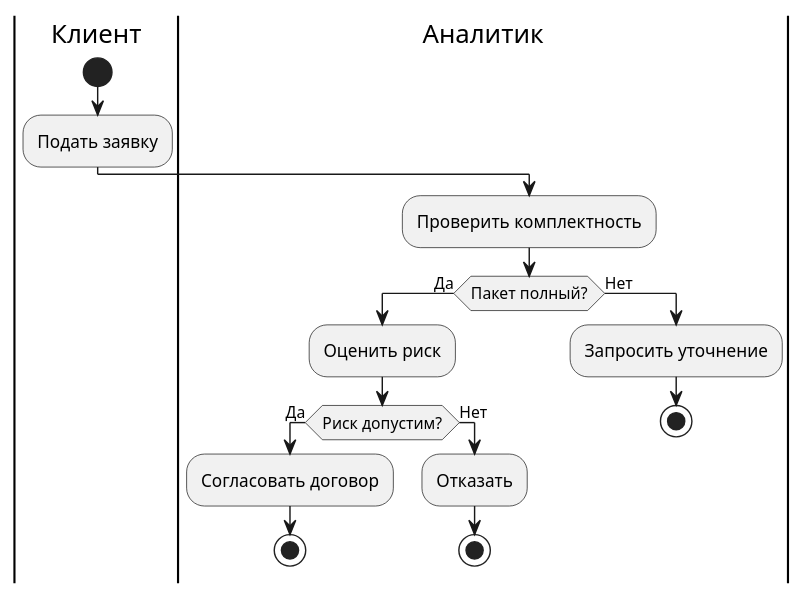
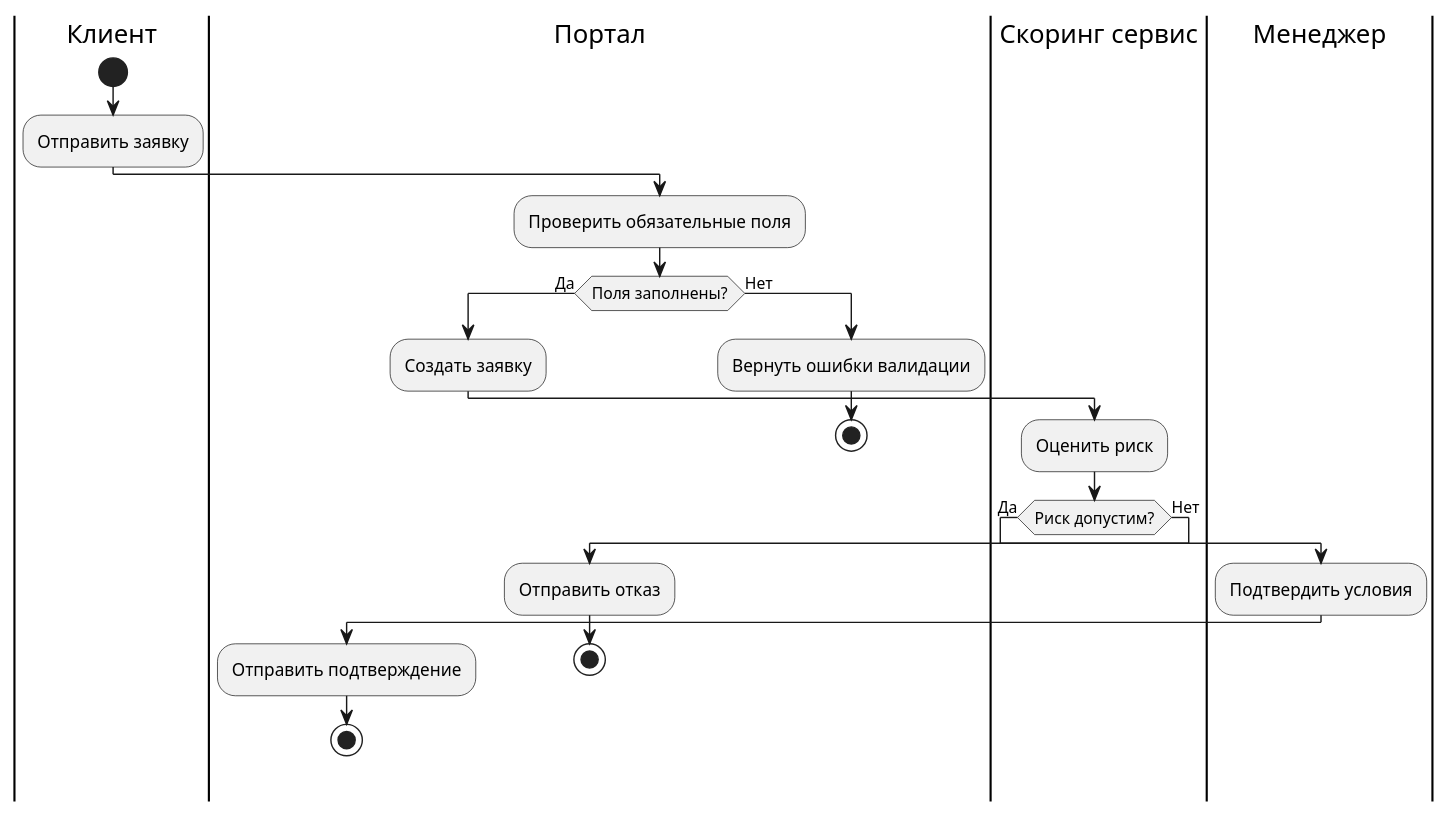
One commit to iwizy/analyst_kb changed the diagram in docs/notations/bpmn.md. Above: the diagram before and after it, drawn with PlantUML. The commit also changed other lines of this file and 20 other files, not shown here.

````diff
--- a/docs/notations/bpmn.md
+++ b/docs/notations/bpmn.md
@@ -23,22 +31,29 @@
 ```kroki-plantuml
 @startuml
 |Клиент|
 start
-:Подать заявку;
-|Аналитик|
-:Проверить комплектность;
-if (Пакет полный?) then (Да)
+:Отправить заявку;
+|Портал|
+:Проверить обязательные поля;
+if (Поля заполнены?) then (Да)
+  :Создать заявку;
+  |Скоринг сервис|
   :Оценить риск;
   if (Риск допустим?) then (Да)
-    :Согласовать договор;
+    |Менеджер|
+    :Подтвердить условия;
+    |Портал|
+    :Отправить подтверждение;
     stop
   else (Нет)
-    :Отказать;
+    |Портал|
+    :Отправить отказ;
     stop
   endif
 else (Нет)
-  :Запросить уточнение;
+  |Портал|
+  :Вернуть ошибки валидации;
   stop
 endif
 @enduml
 ```
````
